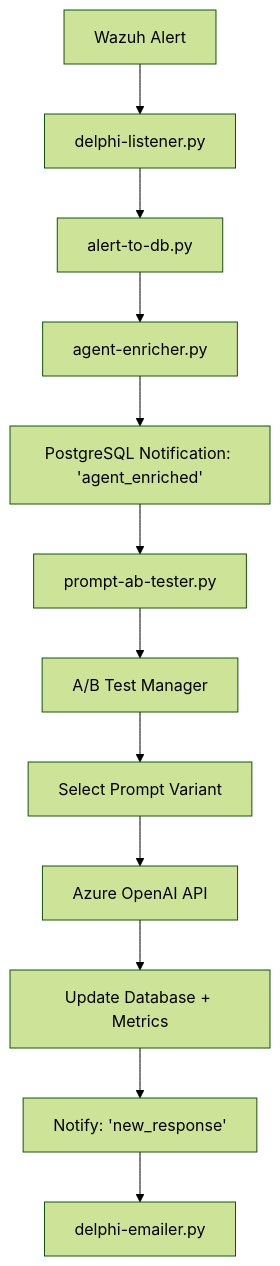
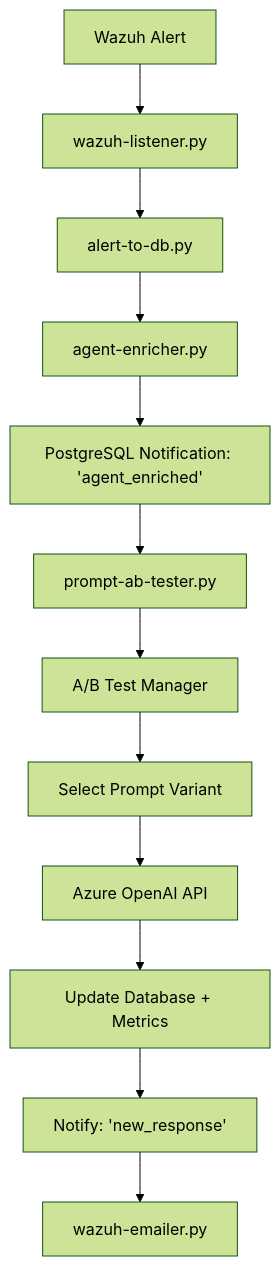
The diagram in assets/python_workers/README_AB_TESTING.md (CodeMonkeyCybersecurity/eos), drawn with Mermaid (forest theme) before and after one commit. The commit also changed other lines of this file and 361 other files, not shown here.

Commit message:
refactor: rename Delphi monitoring platform to Wazuh throughout codebase

````diff
--- a/assets/python_workers/README_AB_TESTING.md
+++ b/assets/python_workers/README_AB_TESTING.md
@@ -18,14 +18,14 @@
 ```mermaid
 graph TD
-    A[Wazuh Alert] --> B[delphi-listener.py]
+    A[Wazuh Alert] --> B[wazuh-listener.py]
     B --> C[alert-to-db.py]
     C --> D[agent-enricher.py]
     D --> E[PostgreSQL Notification: 'agent_enriched']
     E --> F[prompt-ab-tester.py]
     F --> G[A/B Test Manager]
     G --> H[Select Prompt Variant]
     H --> I[Azure OpenAI API]
     I --> J[Update Database + Metrics]
     J --> K[Notify: 'new_response']
-    K --> L[delphi-emailer.py]
+    K --> L[wazuh-emailer.py]
 ```
````
